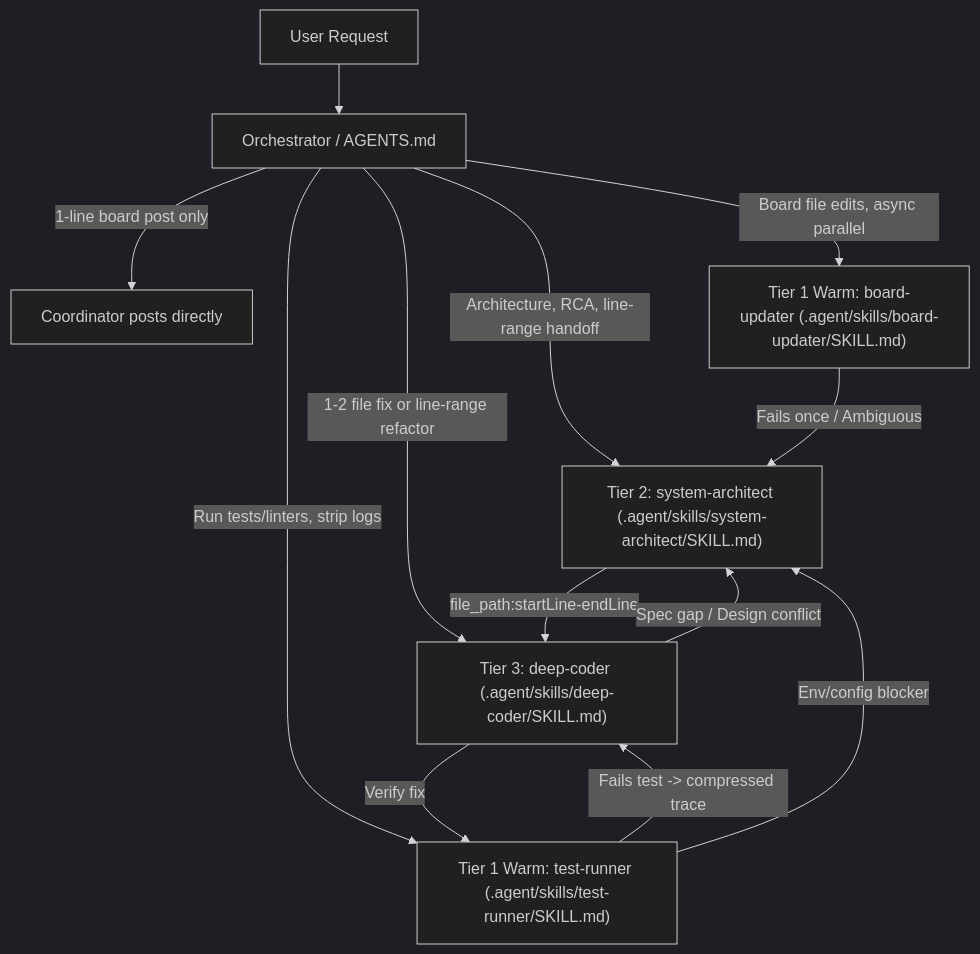
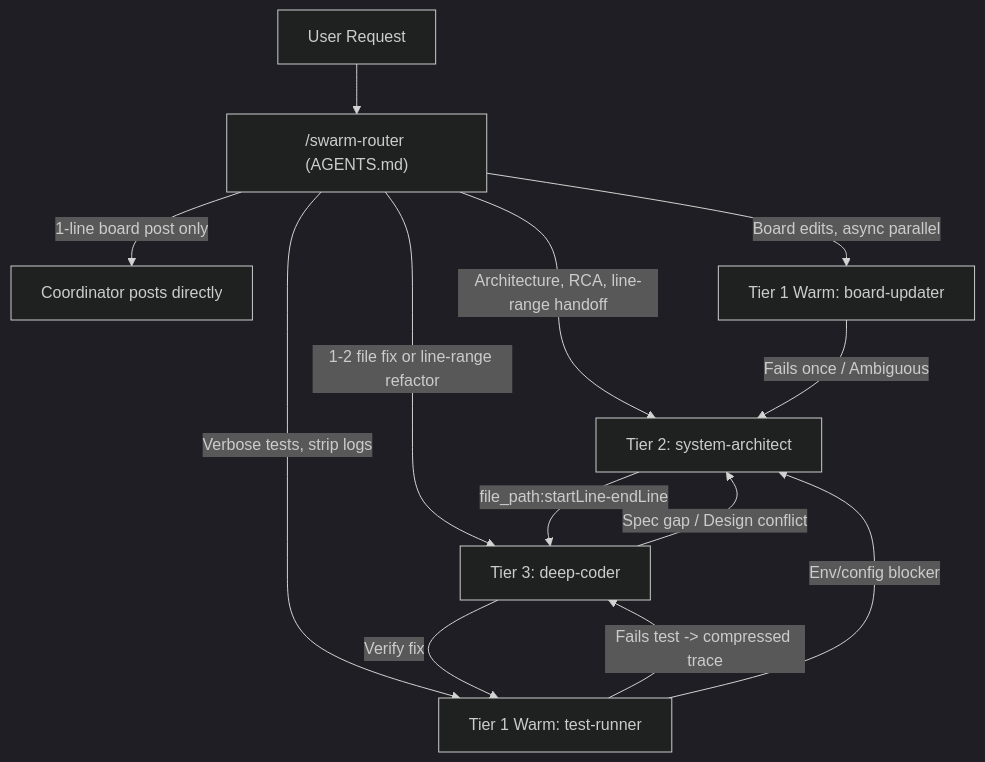
Before and after one commit to Anuphap2/antigravity-swarm-router: the diagram in README.md, drawn with Mermaid (dark theme). The commit also changed other lines of this file and 6 other files, not shown here.

````diff
--- a/README.md
+++ b/README.md
@@ -52,16 +121,16 @@
 ```mermaid
 flowchart TD
-    U[User Request] --> C[Orchestrator / AGENTS.md]
+    U[User Request] --> C["/swarm-router (AGENTS.md)"]
     C -->|1-line board post only| BYPASS[Coordinator posts directly]
-    C -->|Board file edits, async parallel| T1B["Tier 1 Warm: board-updater (.agent/skills/board-updater/SKILL.md)"]
-    C -->|Run tests/linters, strip logs| T1T["Tier 1 Warm: test-runner (.agent/skills/test-runner/SKILL.md)"]
-    C -->|Architecture, RCA, line-range handoff| T2["Tier 2: system-architect (.agent/skills/system-architect/SKILL.md)"]
-    C -->|1-2 file fix or line-range refactor| T3["Tier 3: deep-coder (.agent/skills/deep-coder/SKILL.md)"]
+    C -->|Board edits, async parallel| T1B["Tier 1 Warm: board-updater"]
+    C -->|Verbose tests, strip logs| T1T["Tier 1 Warm: test-runner"]
+    C -->|Architecture, RCA, line-range handoff| T2["Tier 2: system-architect"]
+    C -->|1-2 file fix or line-range refactor| T3["Tier 3: deep-coder"]
 
     T1B -->|Fails once / Ambiguous| T2
     T1T -->|Fails test -> compressed trace| T3
     T1T -->|Env/config blocker| T2
     T2 -->|file_path:startLine-endLine| T3
     T3 -->|Spec gap / Design conflict| T2
     T3 -->|Verify fix| T1T
 ```
````
